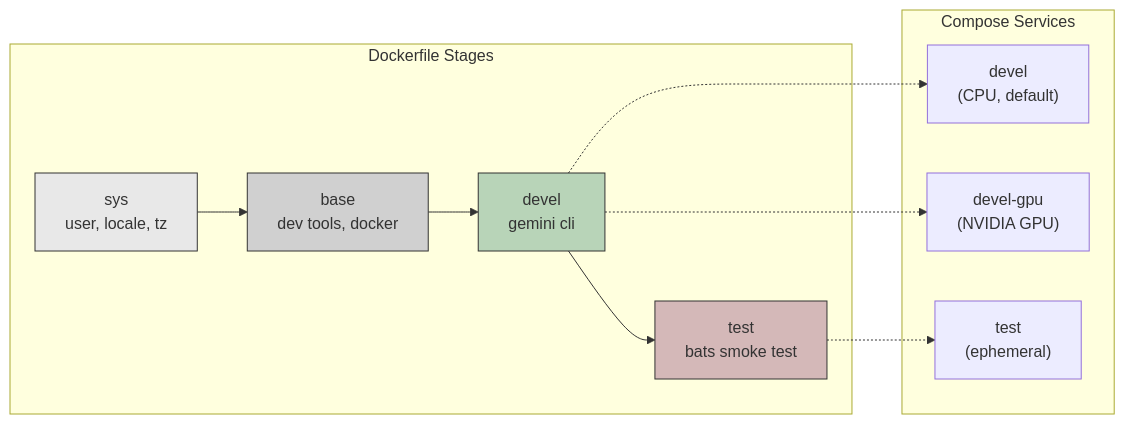
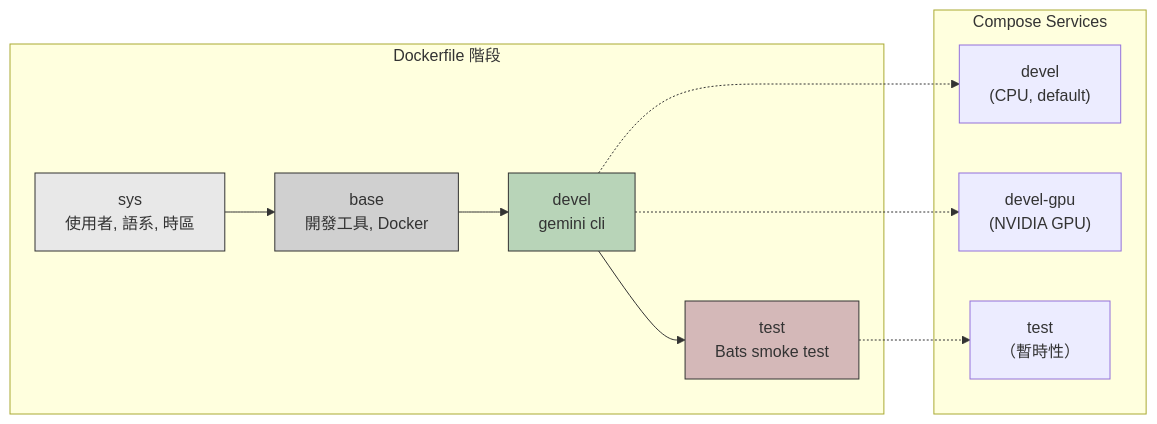
The second of 3 diagrams in doc/README.zh-TW.md (ycpss91255-docker/gemini_cli), drawn with Mermaid before and after one commit. The commit also changed other lines of this file and 2 other files, not shown here.

First line of the commit message:
docs: keep 'smoke test' as proper noun in i18n

````diff
--- a/doc/README.zh-TW.md
+++ b/doc/README.zh-TW.md
@@ -69,26 +69,26 @@
 ```mermaid
 graph LR
-    subgraph "Dockerfile Stages"
-        sys["sys<br/>user, locale, tz"]
-        base["base<br/>dev tools, docker"]
+    subgraph "Dockerfile 階段"
+        sys["sys<br/>使用者, 語系, 時區"]
+        base["base<br/>開發工具, Docker"]
         devel["devel<br/>gemini cli"]
-        test["test<br/>bats smoke test"]
+        test["test<br/>Bats smoke test"]
     end
 
     sys --> base --> devel --> test
 
     subgraph "Compose Services"
         S_CPU["devel<br/>(CPU, default)"]
         S_GPU["devel-gpu<br/>(NVIDIA GPU)"]
-        S_Test["test<br/>(ephemeral)"]
+        S_Test["test<br/>（暫時性）"]
     end
 
     devel -.-> S_CPU
     devel -.-> S_GPU
     test -.-> S_Test
 
     style sys fill:#e8e8e8,stroke:#333
     style base fill:#d0d0d0,stroke:#333
     style devel fill:#b8d4b8,stroke:#333
     style test fill:#d4b8b8,stroke:#333
 ```
````
